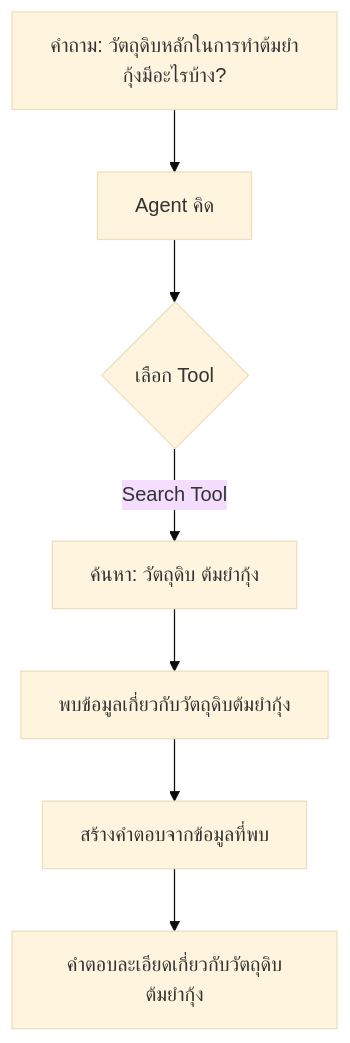
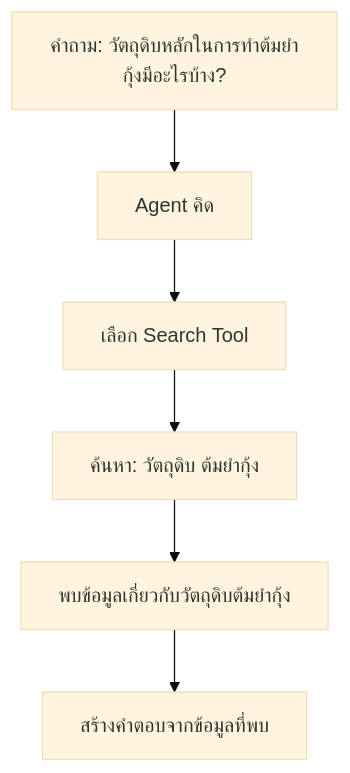
Diagram 13 of 18 in hand-on_2-3/README_TH.md (amornpan/langflow-ai), drawn with Mermaid (base theme) before and after one commit. The commit also changed other lines of this file and 3 other files, not shown here.

````diff
--- a/hand-on_2-3/README_TH.md
+++ b/hand-on_2-3/README_TH.md
@@ -315,9 +332,8 @@
 ```mermaid
 graph TD
     A[คำถาม: วัตถุดิบหลักในการทำต้มยำกุ้งมีอะไรบ้าง?] --> B[Agent คิด]
-    B --> C{เลือก Tool}
-    C -->|Search Tool| D[ค้นหา: วัตถุดิบ ต้มยำกุ้ง]
+    B --> C[เลือก Search Tool]
+    C --> D[ค้นหา: วัตถุดิบ ต้มยำกุ้ง]
     D --> E[พบข้อมูลเกี่ยวกับวัตถุดิบต้มยำกุ้ง]
     E --> F[สร้างคำตอบจากข้อมูลที่พบ]
-    F --> G[คำตอบละเอียดเกี่ยวกับวัตถุดิบต้มยำกุ้ง]
 ```
````
